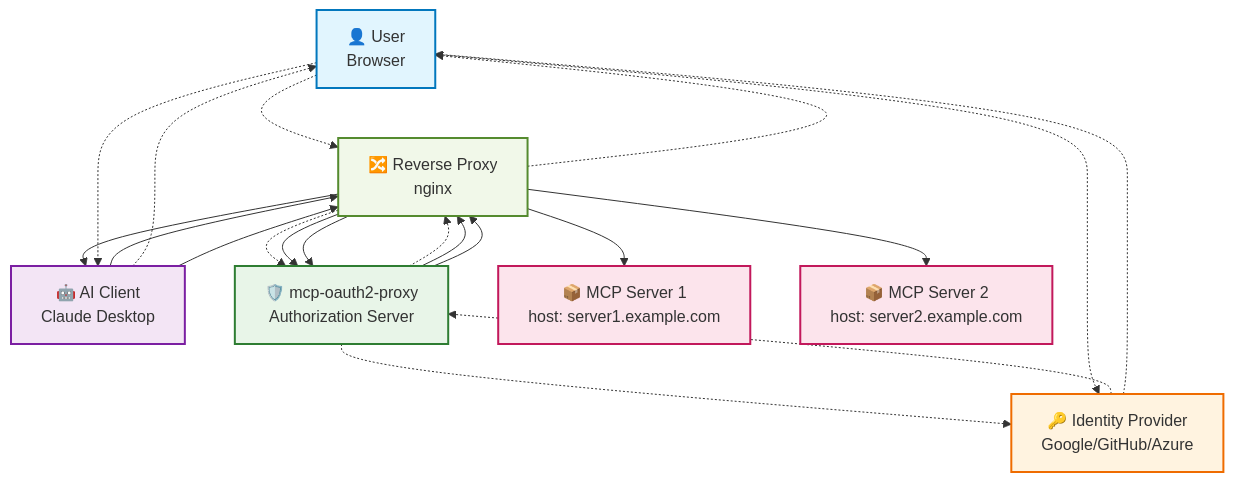
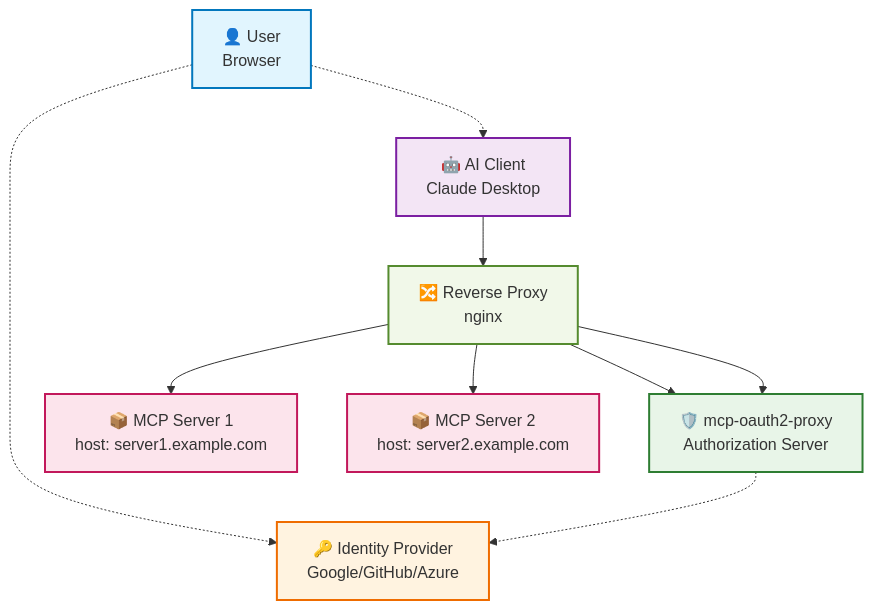
One commit to matheuscscp/mcp-oauth2-proxy changed the diagram in README.md. Above: the diagram before and after it, drawn with Mermaid.

````diff
--- a/README.md
+++ b/README.md
@@ -12,52 +12,39 @@
 ```mermaid
 flowchart TB
     User[👤 User<br/>Browser]
     AI[🤖 AI Client<br/>Claude Desktop]
     RP[🔀 Reverse Proxy<br/>nginx]
     Proxy[🛡️ mcp-oauth2-proxy<br/>Authorization Server]
     IdP[🔑 Identity Provider<br/>Google/GitHub/Azure]
     MCP1[📦 MCP Server 1<br/>host: server1.example.com]
     MCP2[📦 MCP Server 2<br/>host: server2.example.com]
     
-    %% User OAuth Flow with IdP (via reverse proxy and direct)
-    User -.-> RP
-    RP -.-> Proxy
-    Proxy -.-> IdP
-    IdP -.-> Proxy
-    Proxy -.-> RP
-    RP -.-> User
+    %% User interactions
+    User -.-> AI
     User -.-> IdP
-    IdP -.-> User
     
-    %% AI Client OAuth Flow with Proxy (via reverse proxy)
+    %% AI Client to services via Reverse Proxy
     AI --> RP
     RP --> Proxy
-    Proxy --> RP
-    RP --> AI
-    
-    %% User interacts with AI Client
-    User -.-> AI
-    AI -.-> User
-    
-    %% MCP Server Access (via reverse proxy with auth)
-    AI --> RP
-    RP --> Proxy
-    Proxy --> RP
     RP --> MCP1
     RP --> MCP2
+    
+    %% Authentication flow
+    Proxy -.-> IdP
+    RP --> Proxy
     
     %% Styling
     classDef userStyle fill:#e1f5fe,stroke:#0277bd,stroke-width:2px
     classDef aiStyle fill:#f3e5f5,stroke:#7b1fa2,stroke-width:2px
     classDef proxyStyle fill:#e8f5e8,stroke:#2e7d32,stroke-width:2px
     classDef idpStyle fill:#fff3e0,stroke:#ef6c00,stroke-width:2px
     classDef mcpStyle fill:#fce4ec,stroke:#c2185b,stroke-width:2px
     classDef rpStyle fill:#f1f8e9,stroke:#558b2f,stroke-width:2px
     
     class User userStyle
     class AI aiStyle
     class Proxy proxyStyle
     class IdP idpStyle
     class MCP1,MCP2 mcpStyle
     class RP rpStyle
 ```
````
